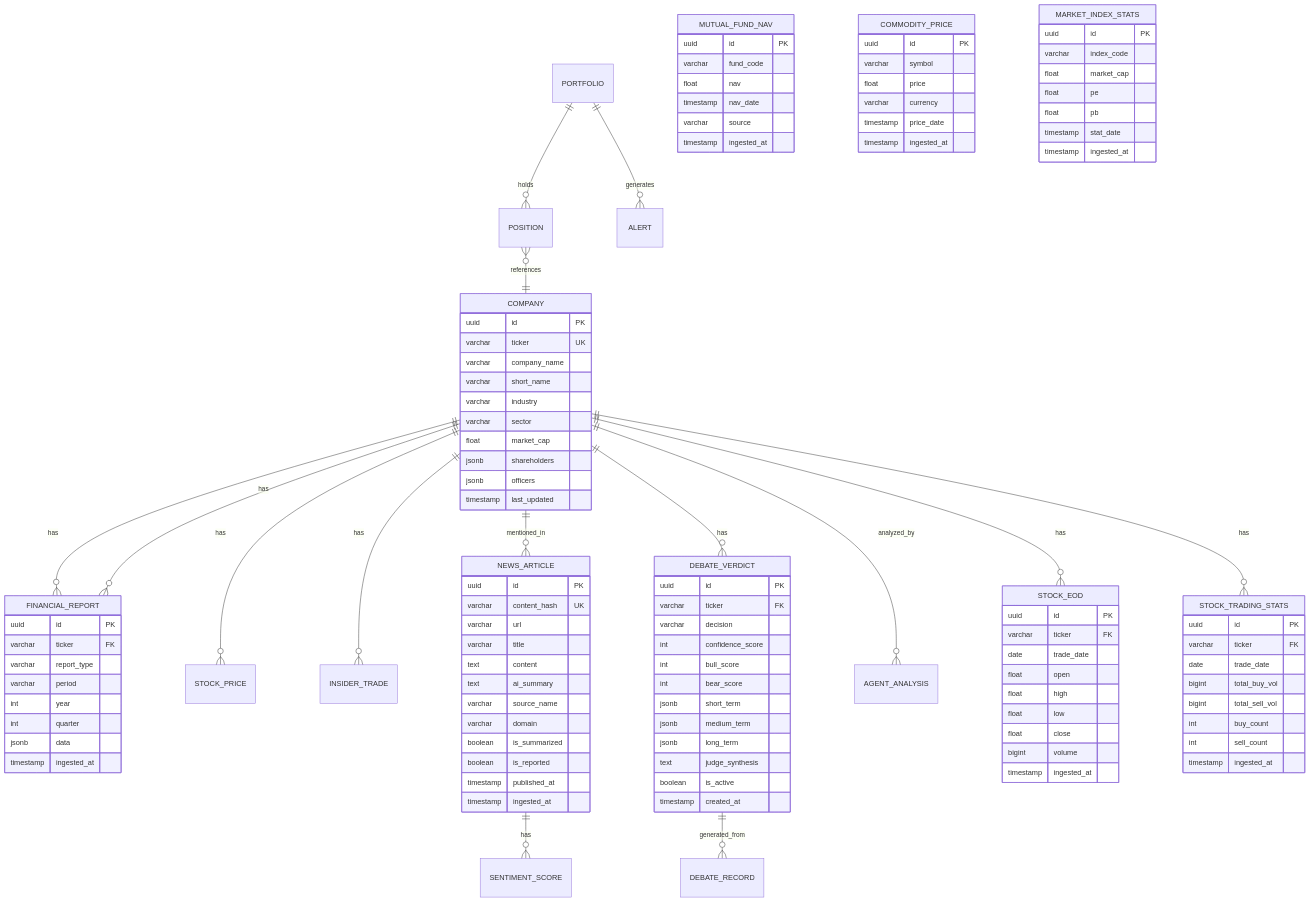
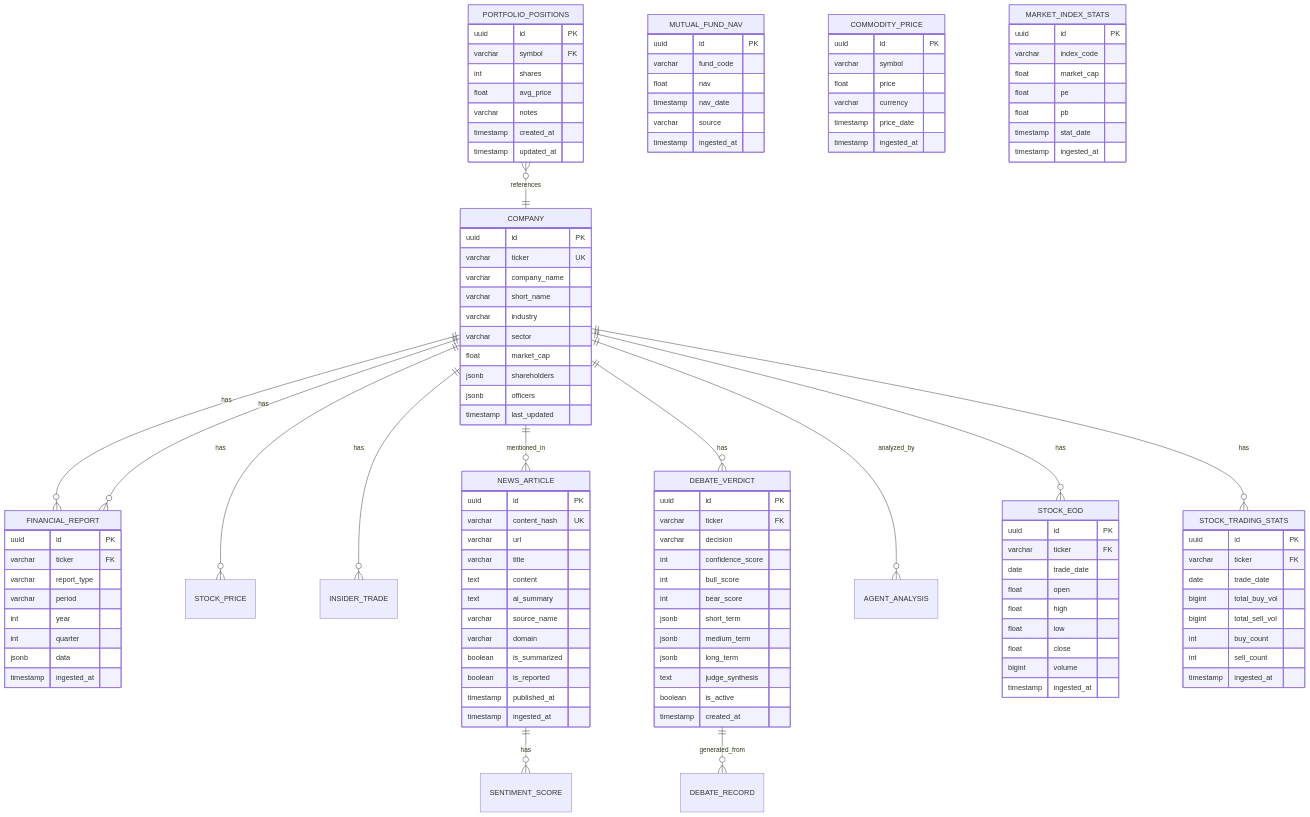
The diagram in docs/DATABASE.md (nqhuy44/xalpha-researcher), drawn with Mermaid before and after one commit. The commit also changed 100 other files, not shown here.

```diff
--- a/docs/DATABASE.md
+++ b/docs/DATABASE.md
@@ -24,9 +24,7 @@
     NEWS_ARTICLE ||--o{ SENTIMENT_SCORE : has
     DEBATE_VERDICT ||--o{ DEBATE_RECORD : generated_from
 
-    PORTFOLIO ||--o{ POSITION : holds
-    POSITION }o--|| COMPANY : references
-    PORTFOLIO ||--o{ ALERT : generates
+    PORTFOLIO_POSITIONS }o--|| COMPANY : references
 
     COMPANY {
         uuid id PK
@@ -133,6 +131,16 @@
         timestamp created_at
     }
 
+    PORTFOLIO_POSITIONS {
+        uuid id PK
+        varchar symbol FK
+        int shares
+        float avg_price
+        varchar notes
+        timestamp created_at
+        timestamp updated_at
+    }
+
     COMPANY ||--o{ FINANCIAL_REPORT : has
     COMPANY ||--o{ STOCK_EOD : has
     COMPANY ||--o{ STOCK_TRADING_STATS : has
```
